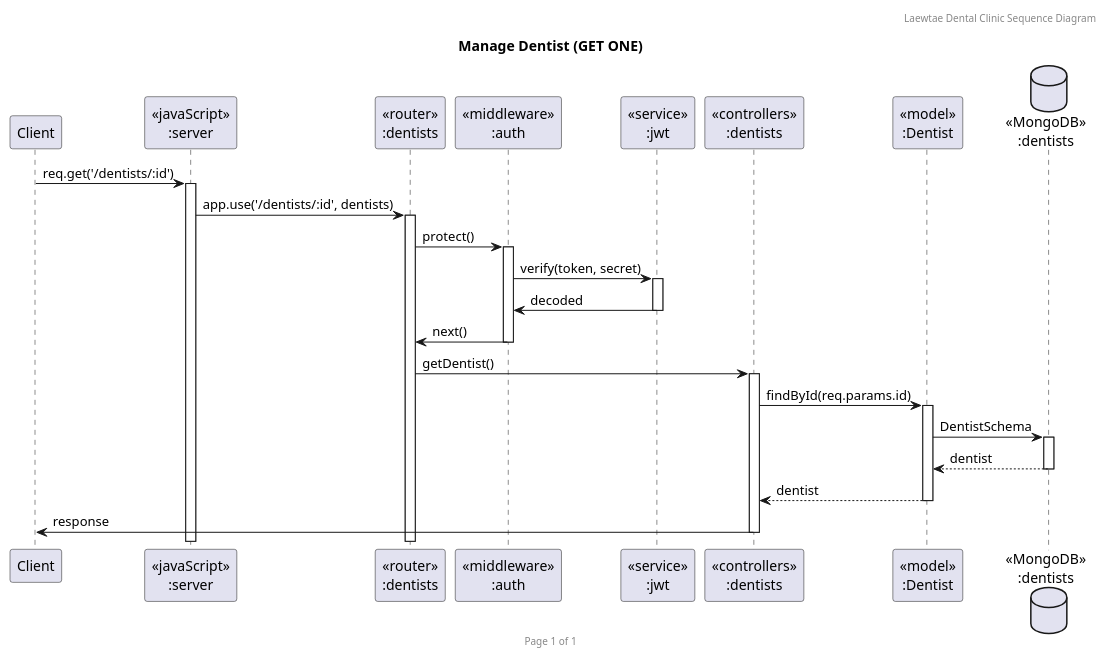
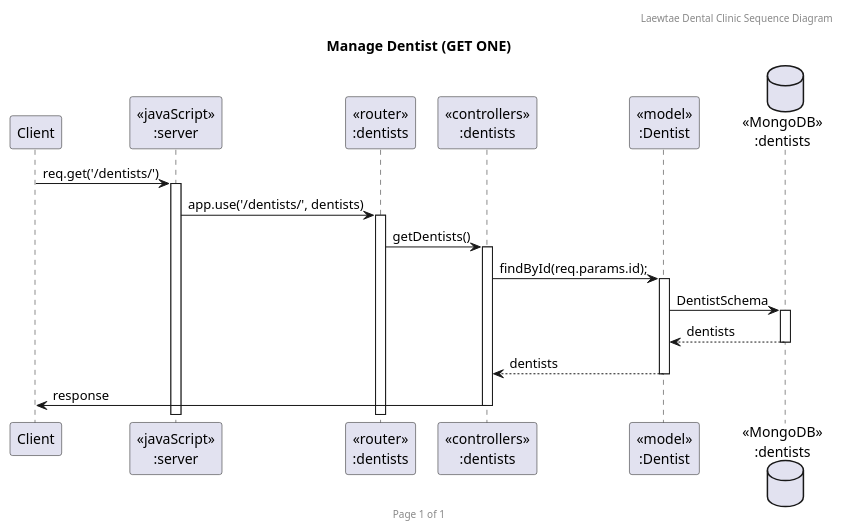
The diagram in UML/SequenceDiagram/DentistSequence/DentistSequenceGetOne.puml (nattapong232/DentistBooking), drawn with PlantUML before and after one commit. The commit also changed 2 other files, not shown here.

Commit message:
Fix Dentist Sequence Diagram

```diff
--- a/UML/SequenceDiagram/DentistSequence/DentistSequenceGetOne.puml
+++ b/UML/SequenceDiagram/DentistSequence/DentistSequenceGetOne.puml
@@ -1,30 +1,24 @@
 @startuml Manage Dentist (GET ONE)
 
 header Laewtae Dental Clinic Sequence Diagram
 footer Page %page% of %lastpage%
 title "Manage Dentist (GET ONE)"
 
 participant "Client" as client
 participant "<<javaScript>>\n:server" as server
 participant "<<router>>\n:dentists" as routerDentists
-participant "<<middleware>>\n:auth" as auth
-participant "<<service>>\n:jwt" as jwt
 participant "<<controllers>>\n:dentists" as controllersDentists
 participant "<<model>>\n:Dentist" as modelDentist
 database "<<MongoDB>>\n:dentists" as DentistsDatabase
 
-client->server ++:req.get('/dentists/:id')
-server->routerDentists ++:app.use('/dentists/:id', dentists)
-routerDentists -> auth ++:protect()
-auth -> jwt ++:verify(token, secret)
-auth <- jwt --:decoded
+client->server ++:req.get('/dentists/')
+server->routerDentists ++:app.use('/dentists/', dentists)
 
-routerDentists <- auth --:next()
-routerDentists -> controllersDentists ++:getDentist()
-controllersDentists->modelDentist ++:findById(req.params.id)
+routerDentists -> controllersDentists ++:getDentists()
+controllersDentists->modelDentist ++:findById(req.params.id);
 modelDentist ->DentistsDatabase ++: DentistSchema
-DentistsDatabase --> modelDentist --: dentist
-controllersDentists <-- modelDentist --: dentist
-controllersDentists->client --:response
+DentistsDatabase --> modelDentist --: dentists
+controllersDentists <-- modelDentist --: dentists
+client <- controllersDentists --:response
 
 @enduml
```
